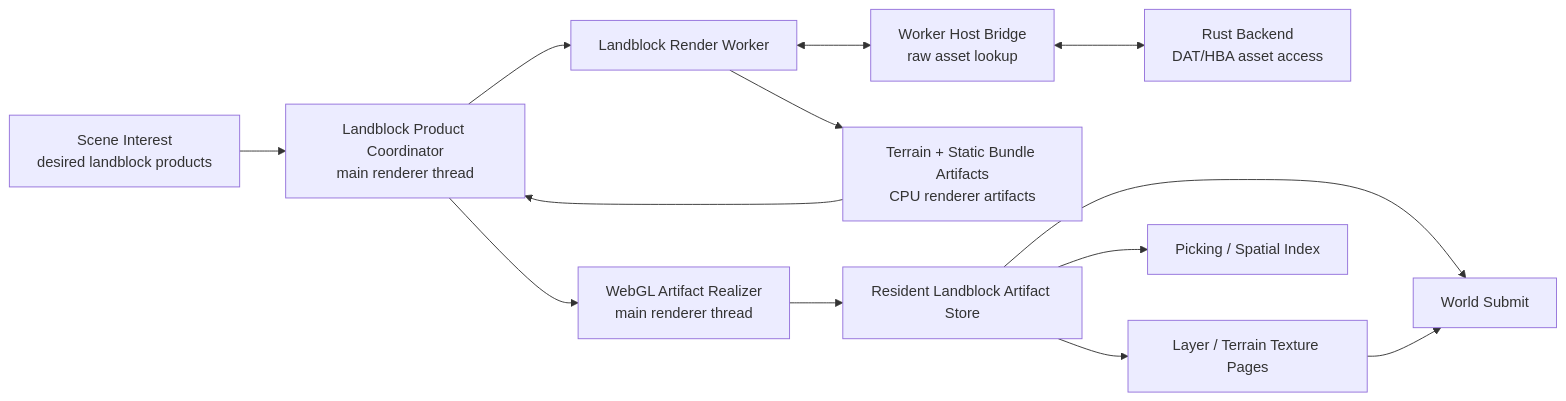
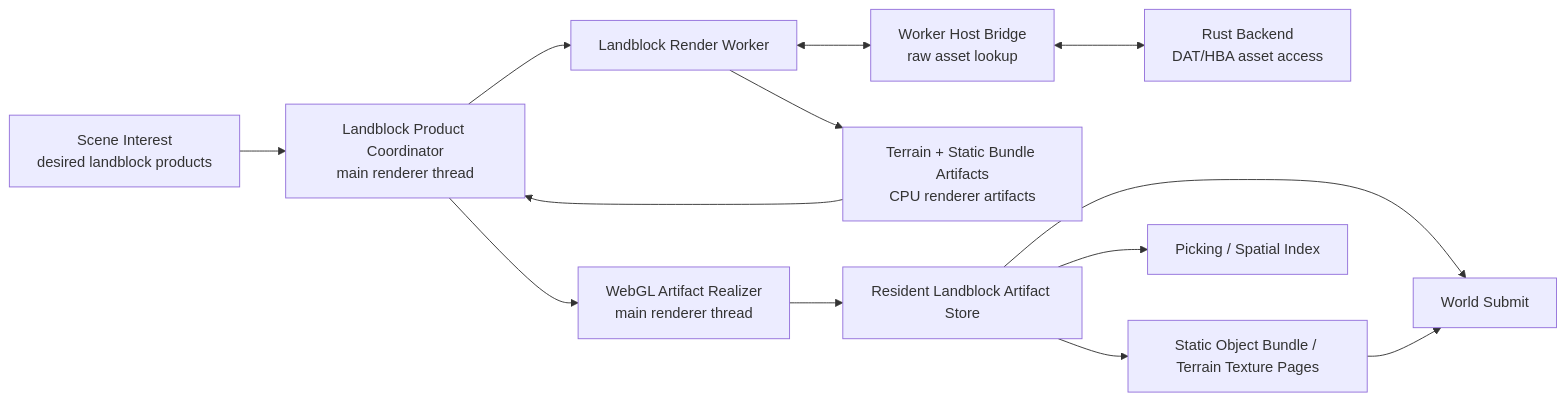
The first of 10 diagrams in docs/plans/holtburger-3d-static-landblock-render-bundle-replacement-plan.md (merklejerk/holtburger), drawn with Mermaid before and after one commit. The commit also changed other lines of this file and 3 other files, not shown here.

````diff
--- a/docs/plans/holtburger-3d-static-landblock-render-bundle-replacement-plan.md
+++ b/docs/plans/holtburger-3d-static-landblock-render-bundle-replacement-plan.md
@@ -403,15 +422,15 @@
 ```mermaid
 flowchart LR
     A[Scene Interest<br/>desired landblock products] --> K[Landblock Product Coordinator<br/>main renderer thread]
     K --> B[Landblock Render Worker]
     B <--> C[Worker Host Bridge<br/>raw asset lookup]
     C <--> H[Rust Backend<br/>DAT/HBA asset access]
     B --> D[Terrain + Static Bundle Artifacts<br/>CPU renderer artifacts]
     D --> K
     K --> E[WebGL Artifact Realizer<br/>main renderer thread]
     E --> F[Resident Landblock Artifact Store]
     F --> G[World Submit]
-    F --> I[Layer / Terrain Texture Pages]
+    F --> I[Static Object Bundle / Terrain Texture Pages]
     I --> G
     F --> J[Picking / Spatial Index]
 ```
````
